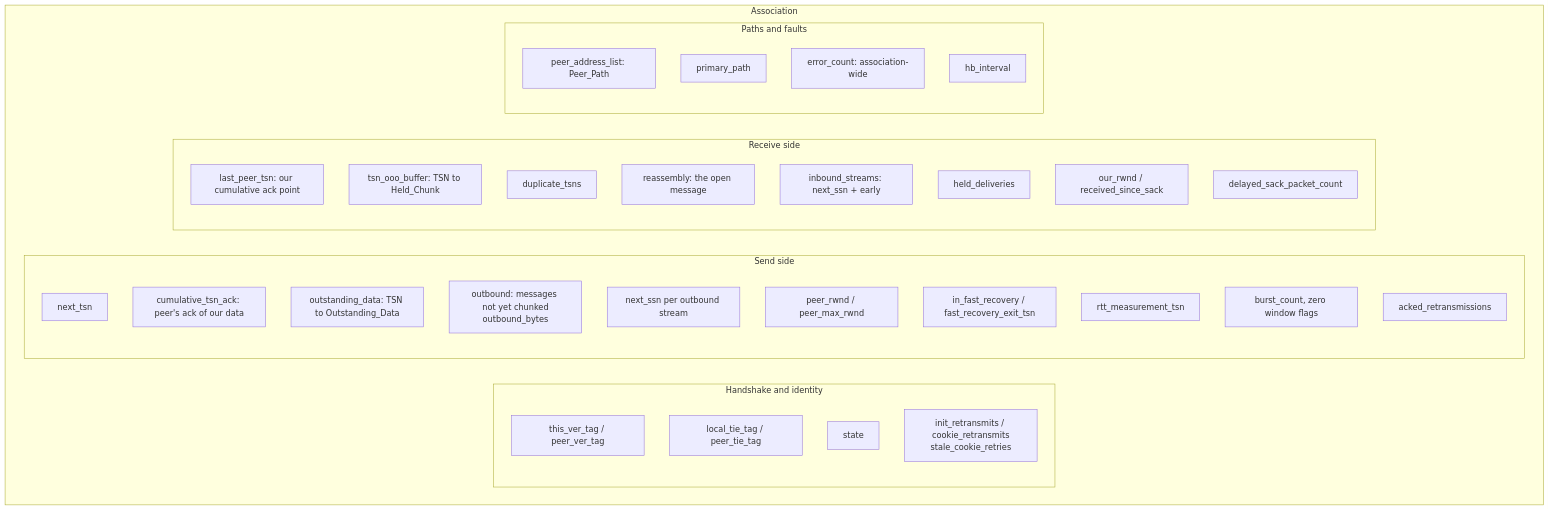
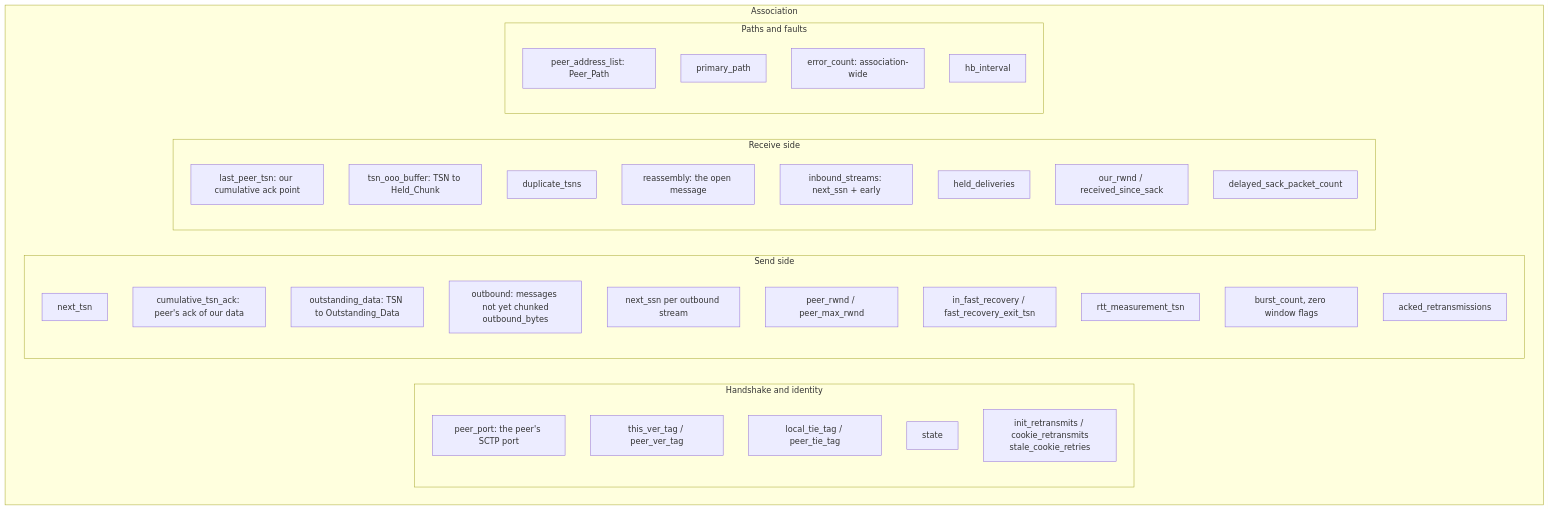
One commit to ethanallenfernandez/sctp-stack changed the fourth of 7 diagrams in docs/devs/01-architecture.md. Above: the diagram before and after it, drawn with Mermaid. The commit also changed other lines of this file and 42 other files, not shown here.

````diff
--- a/docs/devs/01-architecture.md
+++ b/docs/devs/01-architecture.md
@@ -221,40 +222,41 @@
 ```mermaid
 flowchart TB
     subgraph A["Association"]
         direction LR
         subgraph HS["Handshake and identity"]
+            hs0["peer_port: the peer's SCTP port"]
             hs1["this_ver_tag / peer_ver_tag"]
             hs2["local_tie_tag / peer_tie_tag"]
             hs3["state"]
             hs4["init_retransmits / cookie_retransmits<br/>stale_cookie_retries"]
         end
         subgraph SEND["Send side"]
             s1["next_tsn"]
             s2["cumulative_tsn_ack: peer's ack of our data"]
             s3["outstanding_data: TSN to Outstanding_Data"]
             s4["outbound: messages not yet chunked<br/>outbound_bytes"]
             s5["next_ssn per outbound stream"]
             s6["peer_rwnd / peer_max_rwnd"]
             s7["in_fast_recovery / fast_recovery_exit_tsn"]
             s8["rtt_measurement_tsn"]
             s9["burst_count, zero window flags"]
             s10["acked_retransmissions"]
         end
         subgraph RECV["Receive side"]
             r1["last_peer_tsn: our cumulative ack point"]
             r2["tsn_ooo_buffer: TSN to Held_Chunk"]
             r3["duplicate_tsns"]
             r4["reassembly: the open message"]
             r5["inbound_streams: next_ssn + early"]
             r6["held_deliveries"]
             r7["our_rwnd / received_since_sack"]
             r8["delayed_sack_packet_count"]
         end
         subgraph PATHS["Paths and faults"]
             p1["peer_address_list: Peer_Path"]
             p2["primary_path"]
             p3["error_count: association-wide"]
             p4["hb_interval"]
         end
     end
 ```
````
